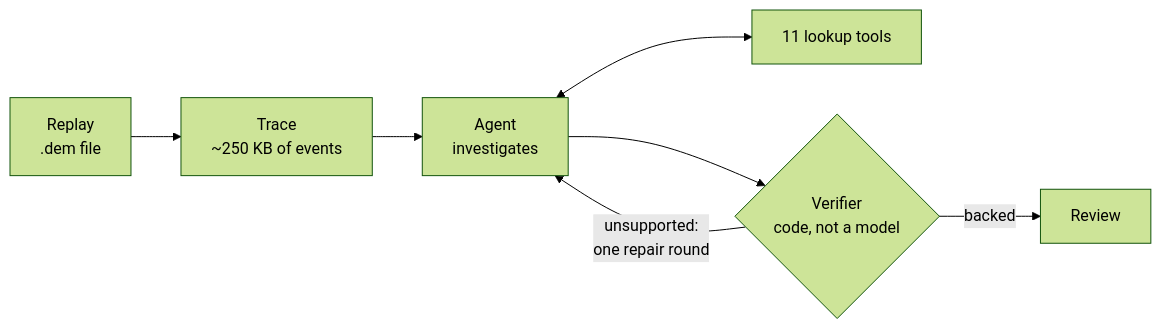
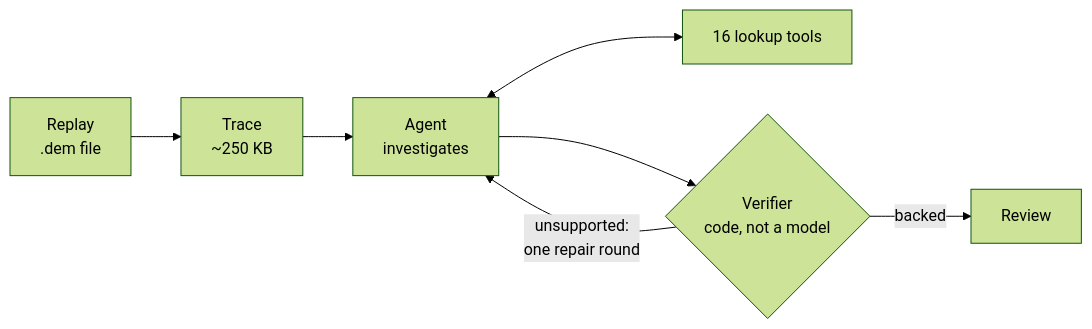
Before and after one commit to qianhaoq/dota2.ai: the diagram in README.md, drawn with Mermaid (forest theme). The commit also changed other lines of this file and 5 other files, not shown here.

````diff
--- a/README.md
+++ b/README.md
@@ -52,9 +56,9 @@
 ```mermaid
 flowchart LR
-    R["Replay<br/>.dem file"] --> T["Trace<br/>~250 KB of events"]
+    R["Replay<br/>.dem file"] --> T["Trace<br/>~250 KB"]
     T --> A["Agent<br/>investigates"]
-    A <--> L["11 lookup tools"]
+    A <--> L["16 lookup tools"]
     A --> V{"Verifier<br/>code, not a model"}
     V -- "unsupported:<br/>one repair round" --> A
     V -- "backed" --> D["Review"]
 ```
````
